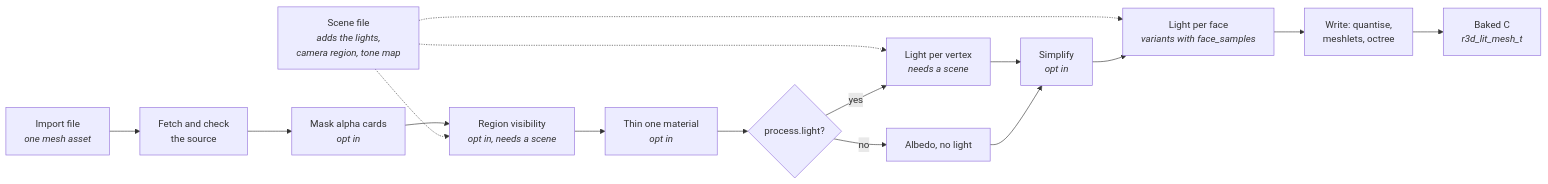
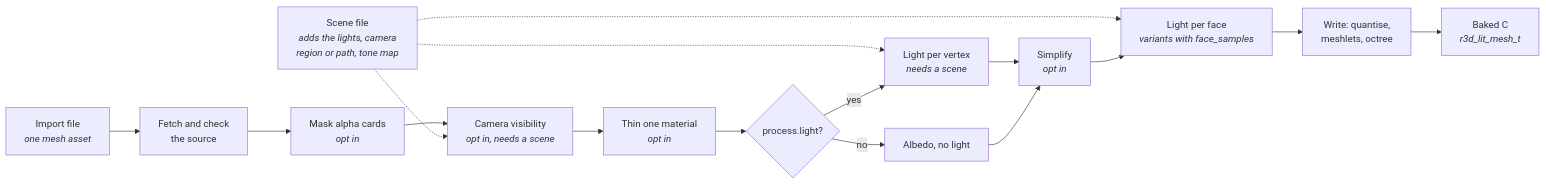
The first of 4 diagrams in docs/render/Mesh-Import.md (jose-villegas/autana), drawn with Mermaid before and after one commit. The commit also changed other lines of this file and 24 other files, not shown here.

First line of the commit message:
r3d: path visibility, a board-fitted cost model, pruning, cost and normal terms

````diff
--- a/docs/render/Mesh-Import.md
+++ b/docs/render/Mesh-Import.md
@@ -7,18 +7,18 @@
 ```mermaid
 flowchart LR
     Import["Import file<br/><i>one mesh asset</i>"] --> Fetch["Fetch and check<br/>the source"]
     Fetch --> Mask["Mask alpha cards<br/><i>opt in</i>"]
-    Mask --> Vis["Region visibility<br/><i>opt in, needs a scene</i>"]
+    Mask --> Vis["Camera visibility<br/><i>opt in, needs a scene</i>"]
     Vis --> Thin["Thin one material<br/><i>opt in</i>"]
     Thin --> Colour{"process.light?"}
-    Scene["Scene file<br/><i>adds the lights,<br/>camera region, tone map</i>"] -.-> Vis
+    Scene["Scene file<br/><i>adds the lights, camera<br/>region or path, tone map</i>"] -.-> Vis
     Scene -.-> Lit
     Scene -.-> Face
     Colour -- yes --> Lit["Light per vertex<br/><i>needs a scene</i>"]
     Colour -- no --> Albedo["Albedo, no light"]
     Lit --> Simp["Simplify<br/><i>opt in</i>"]
     Albedo --> Simp
     Simp --> Face["Light per face<br/><i>variants with face_samples</i>"]
     Face --> Write["Write: quantise,<br/>meshlets, octree"]
     Write --> C["Baked C<br/><i>r3d_lit_mesh_t</i>"]
 ```
````
